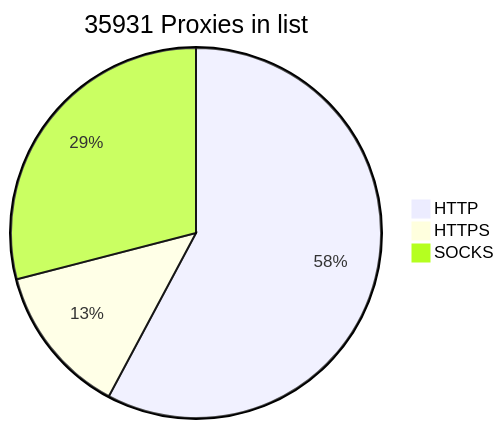
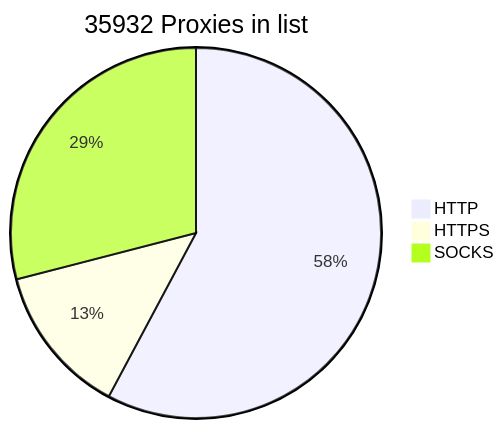
Before and after one commit to BlackSnowDot/proxylist-update-every-minute: the diagram in README.md, drawn with Mermaid.

````diff
--- a/README.md
+++ b/README.md
@@ -2,6 +2,6 @@
 ```mermaid
-pie title 35931 Proxies in list
+pie title 35932 Proxies in list
     "HTTP" : 23063
     "HTTPS": 5256
-    "SOCKS" : 11581
+    "SOCKS" : 11582
 ```
````
